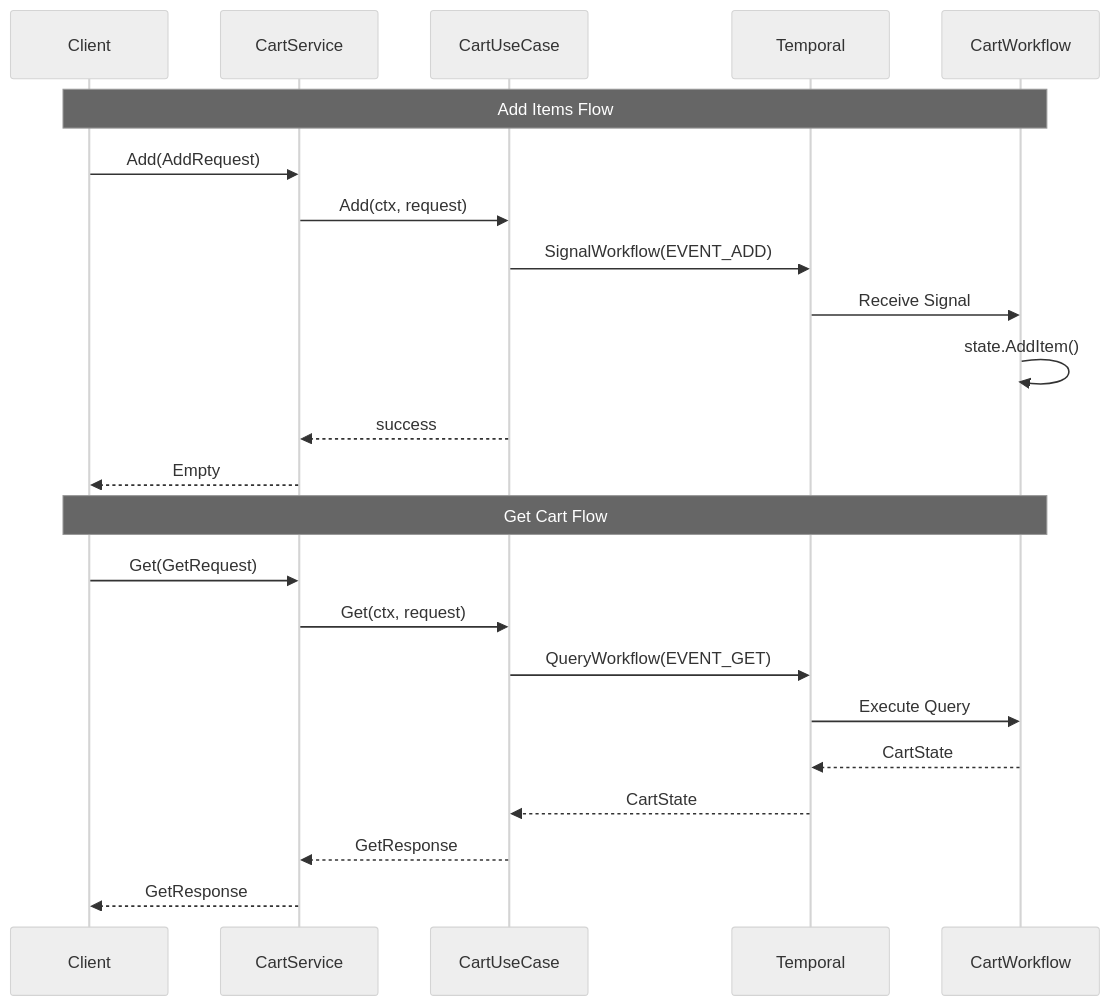
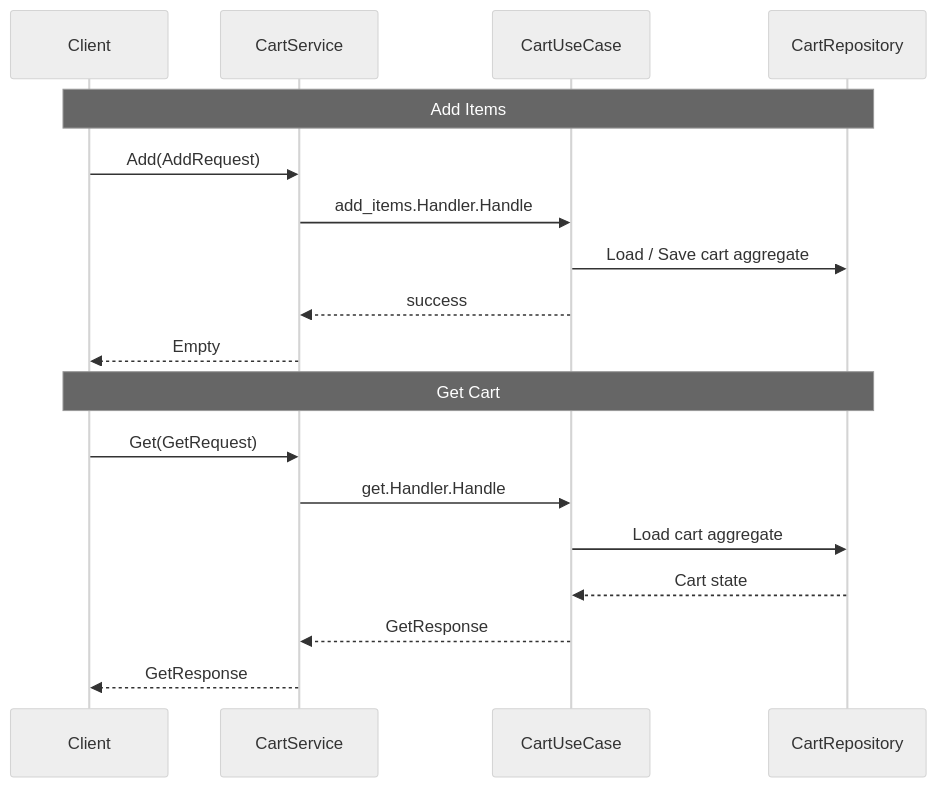
Before and after one commit to shortlink-org/shop: the third of 3 diagrams in oms/internal/usecases/cart/README.md, drawn with Mermaid (neutral theme). The commit also changed other lines of this file and 5 other files, not shown here.

````diff
--- a/oms/internal/usecases/cart/README.md
+++ b/oms/internal/usecases/cart/README.md
@@ -185,27 +192,22 @@
 ```mermaid
 sequenceDiagram
     participant Client
     participant gRPC as CartService
     participant UC as CartUseCase
-    participant Temporal
-    participant Workflow as CartWorkflow
+    participant Repo as CartRepository
 
-    Note over Client,Workflow: Add Items Flow
+    Note over Client,Repo: Add Items
     Client->>gRPC: Add(AddRequest)
-    gRPC->>UC: Add(ctx, request)
-    UC->>Temporal: SignalWorkflow(EVENT_ADD)
-    Temporal->>Workflow: Receive Signal
-    Workflow->>Workflow: state.AddItem()
+    gRPC->>UC: add_items.Handler.Handle
+    UC->>Repo: Load / Save cart aggregate
     UC-->>gRPC: success
     gRPC-->>Client: Empty
 
-    Note over Client,Workflow: Get Cart Flow
+    Note over Client,Repo: Get Cart
     Client->>gRPC: Get(GetRequest)
-    gRPC->>UC: Get(ctx, request)
-    UC->>Temporal: QueryWorkflow(EVENT_GET)
-    Temporal->>Workflow: Execute Query
-    Workflow-->>Temporal: CartState
-    Temporal-->>UC: CartState
+    gRPC->>UC: get.Handler.Handle
+    UC->>Repo: Load cart aggregate
+    Repo-->>UC: Cart state
     UC-->>gRPC: GetResponse
     gRPC-->>Client: GetResponse
 ```
````
